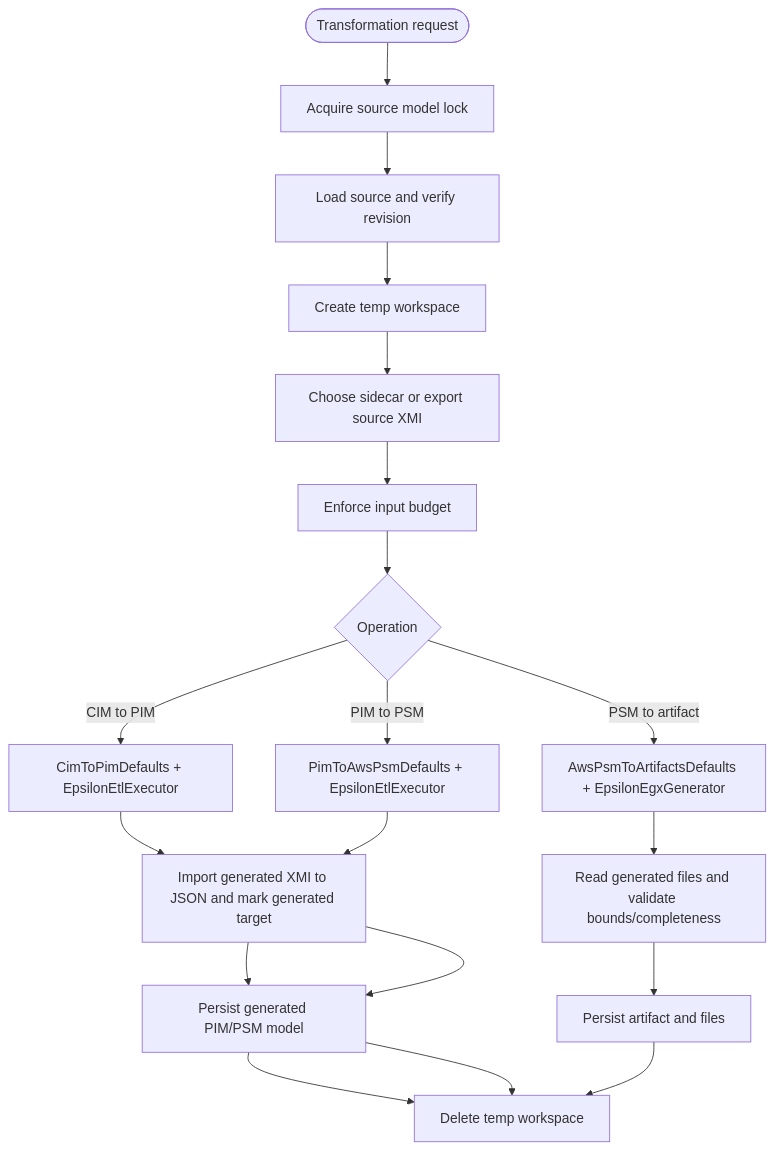
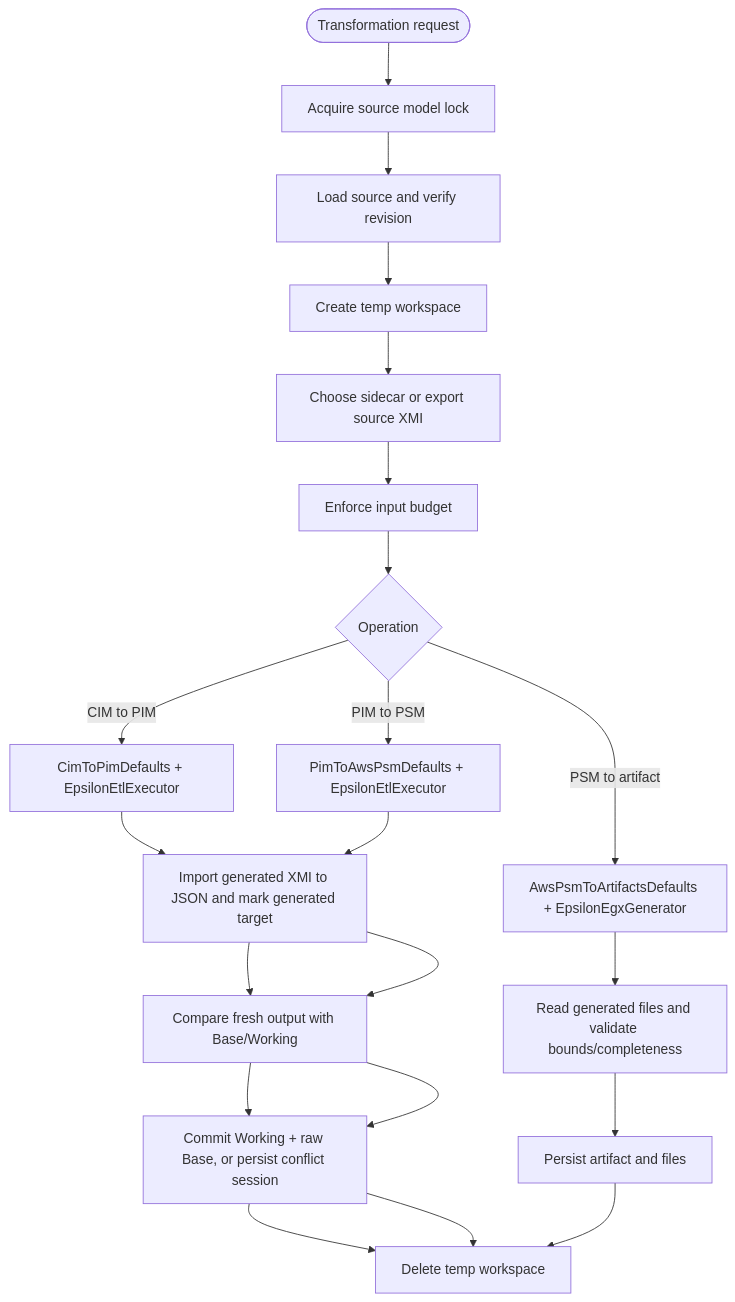
One commit to mehdieidi/modriss changed the third of 7 diagrams in docs/diagrams/22-major-function-flows.md. Above: the diagram before and after it, drawn with Mermaid. The commit also changed 13 other files, not shown here.

````diff
--- a/docs/diagrams/22-major-function-flows.md
+++ b/docs/diagrams/22-major-function-flows.md
@@ -57,23 +57,24 @@
 ```mermaid
 flowchart TD
     start([Transformation request])
     lock["Acquire source model lock"]
     source["Load source and verify revision"]
     temp["Create temp workspace"]
     sourceXmi["Choose sidecar or export source XMI"]
     budget["Enforce input budget"]
     op{"Operation"}
     c2p["CimToPimDefaults + EpsilonEtlExecutor"]
     p2p["PimToAwsPsmDefaults + EpsilonEtlExecutor"]
     p2a["AwsPsmToArtifactsDefaults + EpsilonEgxGenerator"]
     importModel["Import generated XMI to JSON and mark generated target"]
-    storeModel["Persist generated PIM/PSM model"]
+    syncModel["Compare fresh output with Base/Working"]
+    storeModel["Commit Working + raw Base, or persist conflict session"]
     readFiles["Read generated files and validate bounds/completeness"]
     storeArtifact["Persist artifact and files"]
     cleanup["Delete temp workspace"]
 
     start --> lock --> source --> temp --> sourceXmi --> budget --> op
-    op -- CIM to PIM --> c2p --> importModel --> storeModel --> cleanup
-    op -- PIM to PSM --> p2p --> importModel --> storeModel --> cleanup
+    op -- CIM to PIM --> c2p --> importModel --> syncModel --> storeModel --> cleanup
+    op -- PIM to PSM --> p2p --> importModel --> syncModel --> storeModel --> cleanup
     op -- PSM to artifact --> p2a --> readFiles --> storeArtifact --> cleanup
 ```
````
